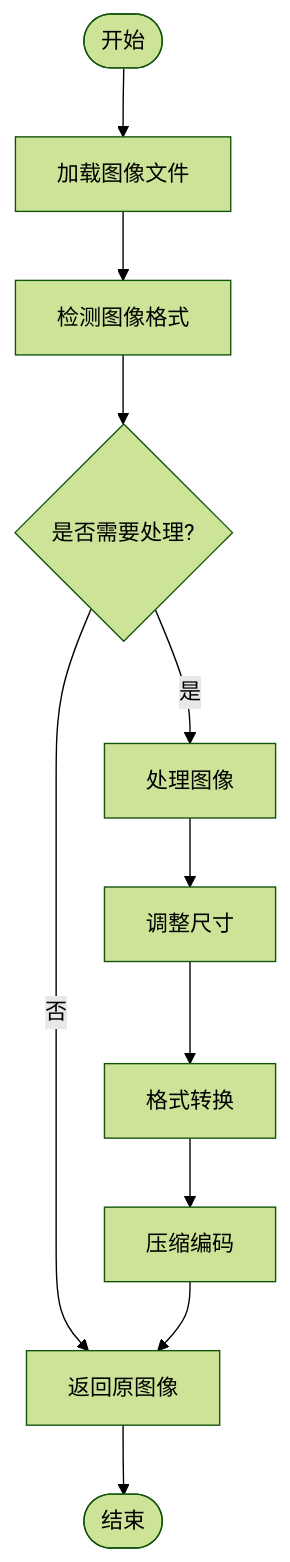
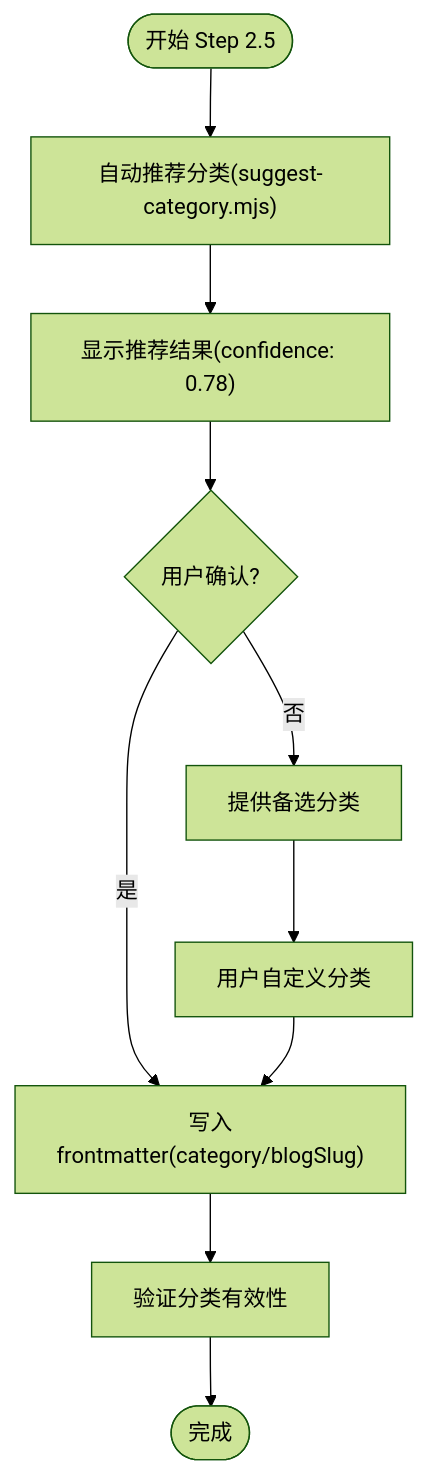
The third of 7 diagrams in .qoder/repowiki/zh/content/AI 技能系统/发布自动化技能/微信文章写作管线.md (NTLx/ntlx.github.io), drawn with Mermaid (forest theme) before and after one commit. The commit also changed other lines of this file and 8 other files, not shown here.

````diff
--- a/.qoder/repowiki/zh/content/AI 技能系统/发布自动化技能/微信文章写作管线.md
+++ b/.qoder/repowiki/zh/content/AI 技能系统/发布自动化技能/微信文章写作管线.md
@@ -202,13 +164,12 @@
 ```mermaid
 flowchart TD
-Start(["开始"]) --> Load["加载图像文件"]
-Load --> Detect["检测图像格式"]
-Detect --> Check{"是否需要处理?"}
-Check --> |是| Process["处理图像"]
-Check --> |否| Return["返回原图像"]
-Process --> Resize["调整尺寸"]
-Resize --> Convert["格式转换"]
-Convert --> Compress["压缩编码"]
-Compress --> Return
-Return --> End(["结束"])
+Start(["开始 Step 2.5"]) --> Auto["自动推荐分类(suggest-category.mjs)"]
+Auto --> Show["显示推荐结果(confidence: 0.78)"]
+Show --> Confirm{"用户确认?"}
+Confirm --> |是| Write["写入frontmatter(category/blogSlug)"]
+Confirm --> |否| Alternative["提供备选分类"]
+Alternative --> Custom["用户自定义分类"]
+Custom --> Write
+Write --> Validate["验证分类有效性"]
+Validate --> Done(["完成"])
 ```
````
